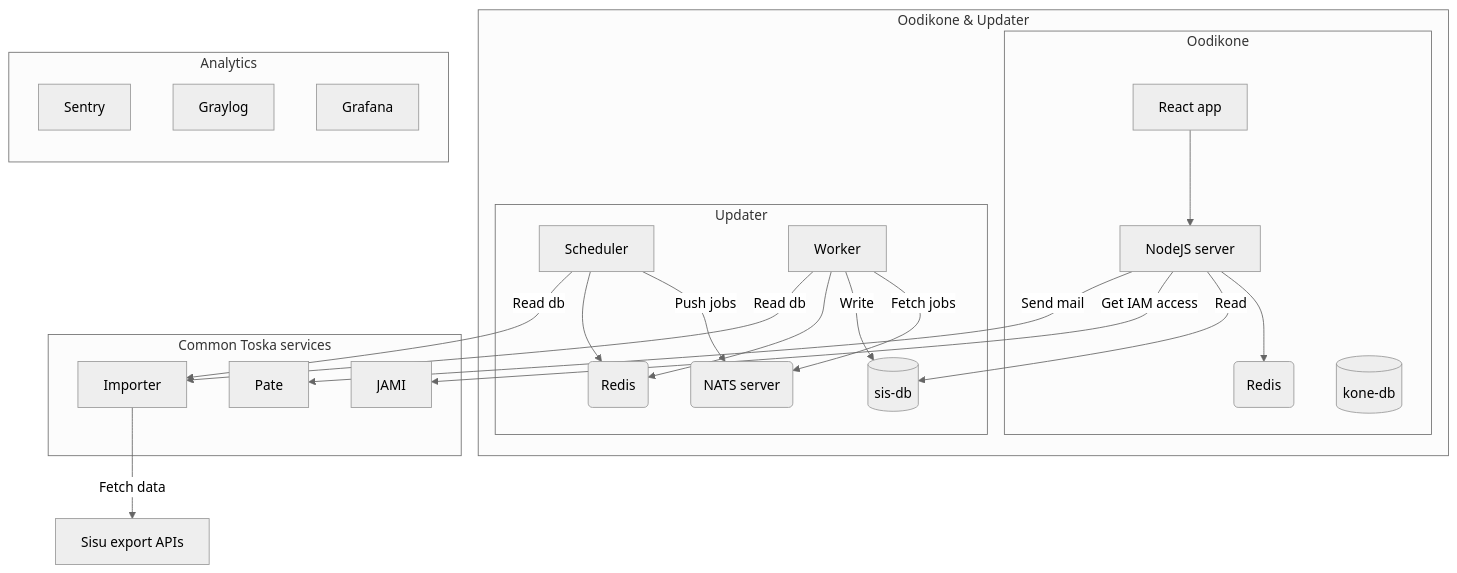
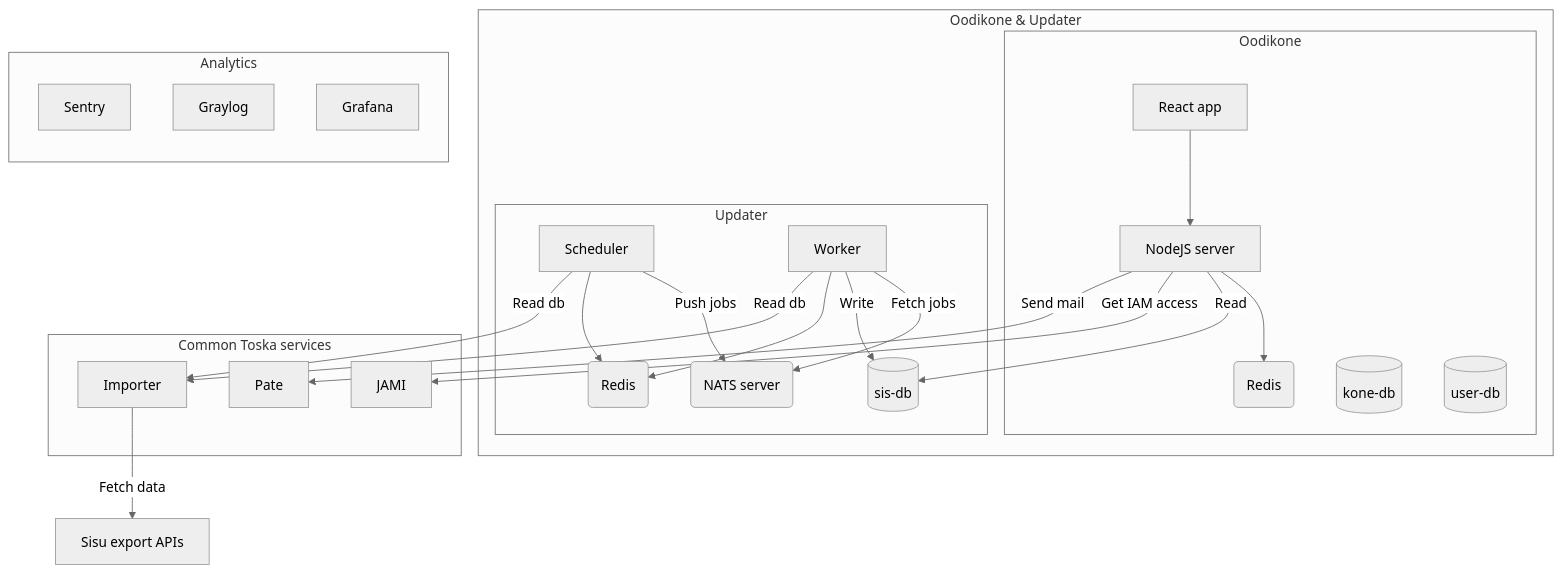
The diagram in README.md (UniversityOfHelsinkiCS/oodikone), drawn with Mermaid (neutral theme) before and after one commit.

Commit message:
Add user-db to readme diagram

````diff
--- a/README.md
+++ b/README.md
@@ -57,38 +57,39 @@
 ```mermaid
 graph TB
     subgraph Oodikone & Updater
         subgraph Oodikone
             client[React app] --> server[NodeJS server]
             server --> ok_redis(Redis)
             konedb[(kone-db)]
+            userdb[(user-db)]
         end
         server -->|Read| sisdb[(sis-db)]
         subgraph Updater
             updaterscheduler[Scheduler] --> |Push jobs| nats
             nats(NATS server)
             updaterworker --> |Fetch jobs| nats
             updaterworker[Worker] -->|Write| sisdb
             updaterscheduler --> redis(Redis)
             updaterworker --> redis
         end
     end
 
     subgraph Common Toska services
         jami[JAMI]
         pate[Pate]
         importer[Importer]
     end
 
     updaterworker -->|Read db| importer
     updaterscheduler -->|Read db| importer
     importer -->|Fetch data| sisu[Sisu export APIs]
     server -->|Get IAM access| jami
     server -->|Send mail| pate
 
     subgraph Analytics
         direction TB
         sentry[Sentry]
         graylog[Graylog]
         grafana[Grafana]
     end
 ```
````
